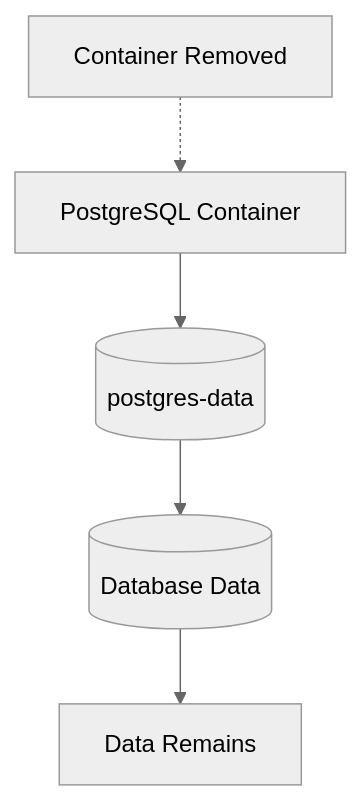
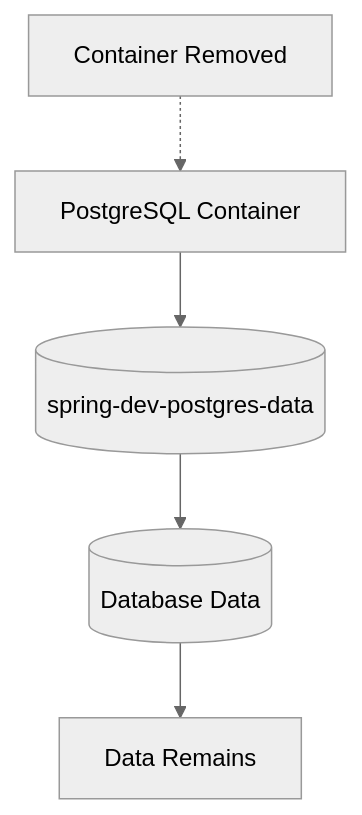
Before and after one commit to cm-collins/spring-boot-devcontainer-workshop: the fifth of 7 diagrams in README.md, drawn with Mermaid (neutral theme). The commit also changed other lines of this file and 7 other files, not shown here.

````diff
--- a/README.md
+++ b/README.md
@@ -405,13 +409,13 @@
 ```mermaid
 flowchart TB
     CONTAINER[PostgreSQL Container]
-    VOLUME[(postgres-data)]
+    VOLUME[(spring-dev-postgres-data)]
     DATA[(Database Data)]
     REMOVE[Container Removed]
     PERSIST[Data Remains]
 
     CONTAINER --> VOLUME
     VOLUME --> DATA
     REMOVE -.-> CONTAINER
     DATA --> PERSIST
 ```
````
